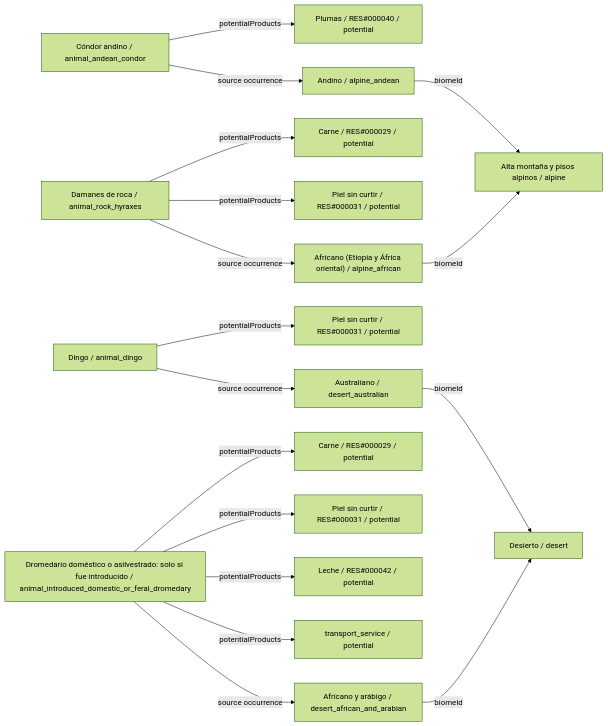
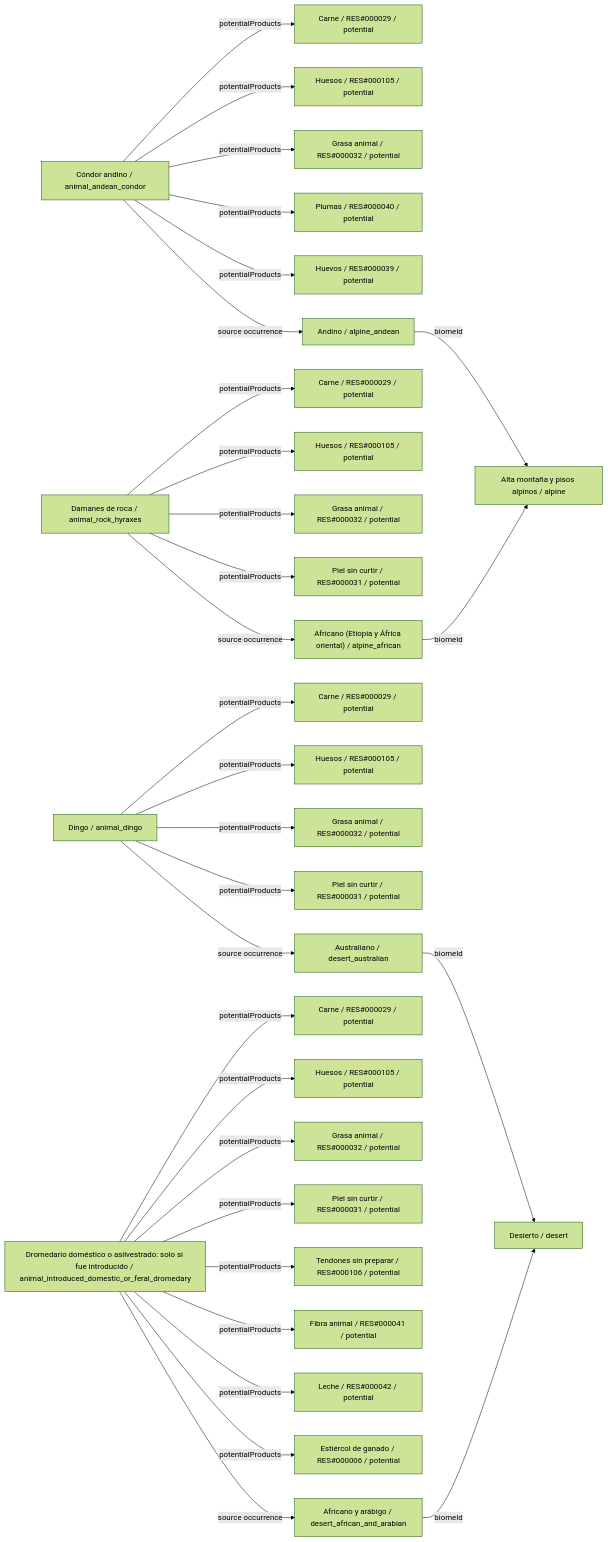
The eighth of 26 diagrams in data/animals/DIAGRAMS.es.md (fgabo404/EvolveDoc), drawn with Mermaid (forest theme) before and after one commit. The commit also changed other lines of this file and 44 other files, not shown here.

````diff
--- a/data/animals/DIAGRAMS.es.md
+++ b/data/animals/DIAGRAMS.es.md
@@ -455,37 +609,63 @@
 ```mermaid
 flowchart LR
     c0["Cóndor andino / animal_andean_condor"]
     v23["Andino / alpine_andean"]
     b6["Alta montaña y pisos alpinos / alpine"]
-    o0_0["Plumas / RES#000040 / potential"]
+    o0_0["Carne / RES#000029 / potential"]
+    o0_1["Huesos / RES#000105 / potential"]
+    o0_2["Grasa animal / RES#000032 / potential"]
+    o0_3["Plumas / RES#000040 / potential"]
+    o0_4["Huevos / RES#000039 / potential"]
     c1["Damanes de roca / animal_rock_hyraxes"]
     v26["Africano (Etiopía y África oriental) / alpine_african"]
     o1_0["Carne / RES#000029 / potential"]
-    o1_1["Piel sin curtir / RES#000031 / potential"]
+    o1_1["Huesos / RES#000105 / potential"]
+    o1_2["Grasa animal / RES#000032 / potential"]
+    o1_3["Piel sin curtir / RES#000031 / potential"]
     c2["Dingo / animal_dingo"]
     v18["Australiano / desert_australian"]
     b4["Desierto / desert"]
-    o2_0["Piel sin curtir / RES#000031 / potential"]
+    o2_0["Carne / RES#000029 / potential"]
+    o2_1["Huesos / RES#000105 / potential"]
+    o2_2["Grasa animal / RES#000032 / potential"]
+    o2_3["Piel sin curtir / RES#000031 / potential"]
     c3["Dromedario doméstico o asilvestrado: solo si fue introducido / animal_introduced_domestic_or_feral_dromedary"]
     v16["Africano y arábigo / desert_african_and_arabian"]
     o3_0["Carne / RES#000029 / potential"]
-    o3_1["Piel sin curtir / RES#000031 / potential"]
-    o3_2["Leche / RES#000042 / potential"]
-    o3_3["transport_service / potential"]
+    o3_1["Huesos / RES#000105 / potential"]
+    o3_2["Grasa animal / RES#000032 / potential"]
+    o3_3["Piel sin curtir / RES#000031 / potential"]
+    o3_4["Tendones sin preparar / RES#000106 / potential"]
+    o3_5["Fibra animal / RES#000041 / potential"]
+    o3_6["Leche / RES#000042 / potential"]
+    o3_7["Estiércol de ganado / RES#000006 / potential"]
     c0 -->|potentialProducts| o0_0
+    c0 -->|potentialProducts| o0_1
+    c0 -->|potentialProducts| o0_2
+    c0 -->|potentialProducts| o0_3
+    c0 -->|potentialProducts| o0_4
     c0 -->|source occurrence| v23
     c1 -->|potentialProducts| o1_0
     c1 -->|potentialProducts| o1_1
+    c1 -->|potentialProducts| o1_2
+    c1 -->|potentialProducts| o1_3
     c1 -->|source occurrence| v26
     c2 -->|potentialProducts| o2_0
+    c2 -->|potentialProducts| o2_1
+    c2 -->|potentialProducts| o2_2
+    c2 -->|potentialProducts| o2_3
     c2 -->|source occurrence| v18
     c3 -->|potentialProducts| o3_0
     c3 -->|potentialProducts| o3_1
     c3 -->|potentialProducts| o3_2
     c3 -->|potentialProducts| o3_3
+    c3 -->|potentialProducts| o3_4
+    c3 -->|potentialProducts| o3_5
+    c3 -->|potentialProducts| o3_6
+    c3 -->|potentialProducts| o3_7
     c3 -->|source occurrence| v16
     v16 -->|biomeId| b4
     v18 -->|biomeId| b4
     v23 -->|biomeId| b6
     v26 -->|biomeId| b6
 ```
````
